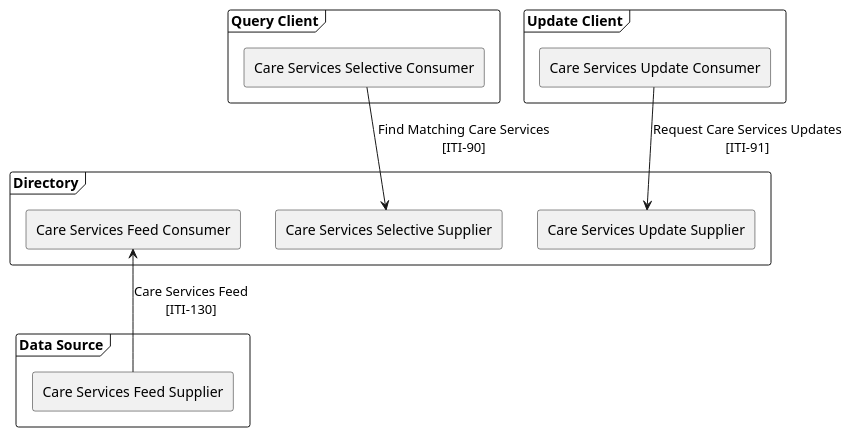
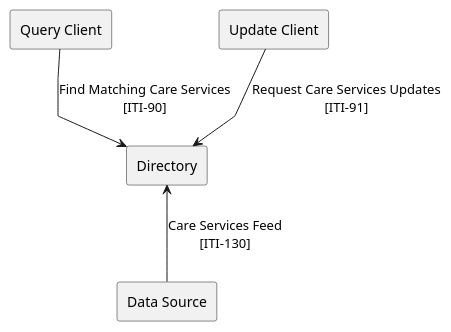
One commit to IHE/ITI.mCSD changed the diagram in input/images-source/simple-deployment.plantuml. Above: the diagram before and after it, drawn with PlantUML. The commit also changed 39 other files, not shown here.

```diff
--- a/input/images-source/simple-deployment.plantuml
+++ b/input/images-source/simple-deployment.plantuml
@@ -1,26 +1,15 @@
 @startuml
 hide footbox
+skinparam linetype polyline
 
-frame "Query Client" {
-agent "Care Services Selective Consumer" as Query
-}
+agent "Query Client" as Query
+agent "Update Client" as Update
+agent "Data Source" as Source
+agent "Directory" as Directory
 
-frame "Update Client" {
-  agent "Care Services Update Consumer" as Consumer
-}
 
-frame "Data Source" {
-  agent "Care Services Feed Supplier" as FeedSupplier
-}
-
-frame Directory {
-  agent "Care Services Selective Supplier" as Selective
-  agent "Care Services Update Supplier" as Supplier
-  agent "Care Services Feed Consumer" as FeedConsumer
-}
-
-Query --> Selective: Find Matching Care Services\n[ITI-90]
-Consumer --> Supplier: Request Care Services Updates\n[ITI-91]
-FeedConsumer <-- FeedSupplier: Care Services Feed\n[ITI-130]
+Query --> Directory: Find Matching Care Services\n[ITI-90]
+Update --> Directory: Request Care Services Updates\n[ITI-91]
+Directory <-- Source: Care Services Feed\n[ITI-130]
 
 @enduml
```
